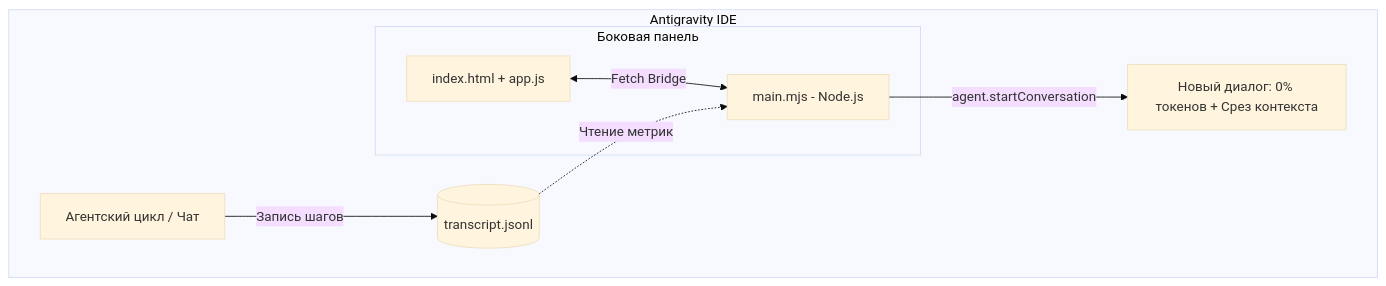
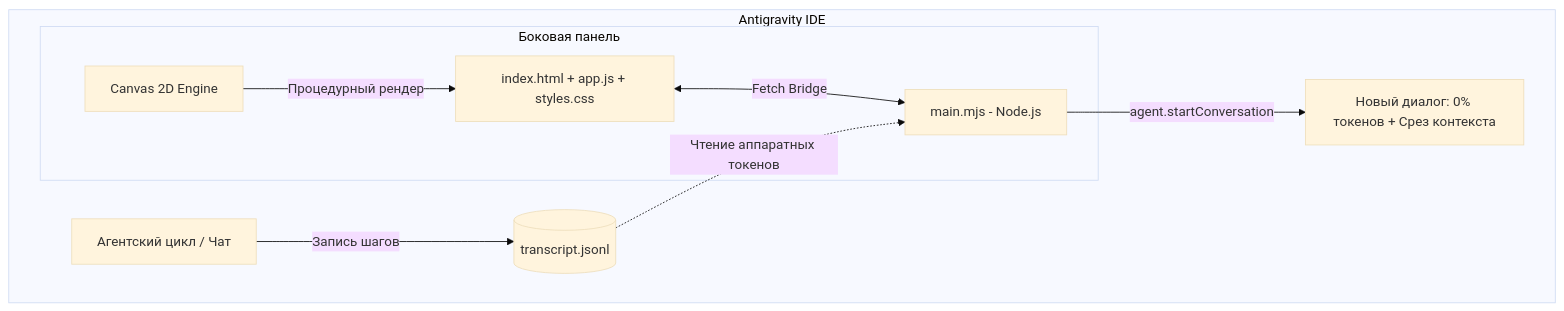
One commit to bekirand/context-monitor changed the diagram in README.md. Above: the diagram before and after it, drawn with Mermaid (base theme). The commit also changed other lines of this file, not shown here.

````diff
--- a/README.md
+++ b/README.md
@@ -63,13 +109,14 @@
 ```mermaid
 flowchart TD
     subgraph Antigravity IDE
         Chat[Агентский цикл / Чат] -->|Запись шагов| Logs[(transcript.jsonl)]
         
         subgraph Aux Pane [Боковая панель]
-            UI[index.html + app.js] <-->|Fetch Bridge| Sidecar[main.mjs - Node.js]
+            UI[index.html + app.js + styles.css] <-->|Fetch Bridge| Sidecar[main.mjs - Node.js]
+            Canvas[Canvas 2D Engine] -->|Процедурный рендер| UI
         end
         
-        Logs -.->|Чтение метрик| Sidecar
+        Logs -.->|Чтение аппаратных токенов| Sidecar
         Sidecar -->|agent.startConversation| NewChat[Новый диалог: 0% токенов + Срез контекста]
     end
 ```
````
